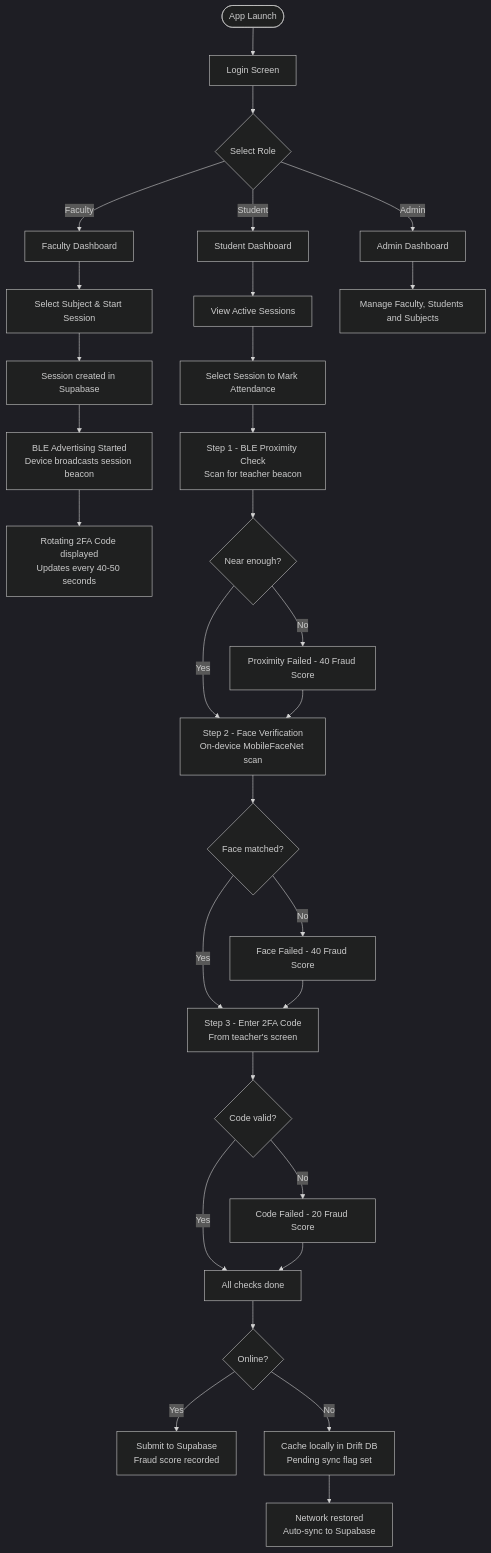
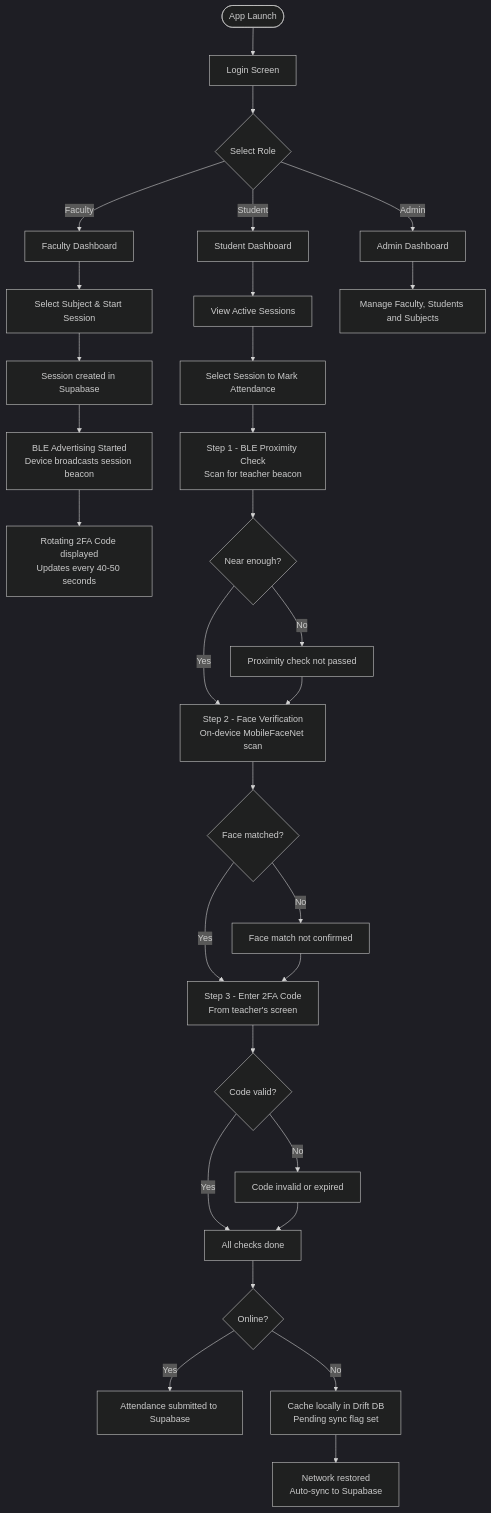
One commit to aryan-oo9/upastithi-pramaan-ble changed the diagram in README.md. Above: the diagram before and after it, drawn with Mermaid (dark theme). The commit also changed other lines of this file, not shown here.

Commit message:
docs: remove fraud score calculation from README

````diff
--- a/README.md
+++ b/README.md
@@ -33,40 +28,40 @@
 ```mermaid
 flowchart TD
     A([App Launch]) --> B[Login Screen]
     B --> C{Select Role}
 
     C -->|Faculty| D[Faculty Dashboard]
     C -->|Student| E[Student Dashboard]
     C -->|Admin| F[Admin Dashboard]
 
     %% Teacher Flow
     D --> G[Select Subject & Start Session]
     G --> H[Session created in Supabase]
     H --> I[BLE Advertising Started\nDevice broadcasts session beacon]
     I --> J[Rotating 2FA Code displayed\nUpdates every 40-50 seconds]
 
     %% Student Flow
     E --> L[View Active Sessions]
     L --> M[Select Session to Mark Attendance]
     M --> N[Step 1 - BLE Proximity Check\nScan for teacher beacon]
     N --> N1{Near enough?}
-    N1 -->|No| N2[Proximity Failed - 40 Fraud Score]
+    N1 -->|No| N2[Proximity check not passed]
     N1 -->|Yes| O[Step 2 - Face Verification\nOn-device MobileFaceNet scan]
     N2 --> O
     O --> O1{Face matched?}
-    O1 -->|No| O2[Face Failed - 40 Fraud Score]
+    O1 -->|No| O2[Face match not confirmed]
     O1 -->|Yes| P[Step 3 - Enter 2FA Code\nFrom teacher's screen]
     O2 --> P
     P --> P1{Code valid?}
-    P1 -->|No| P2[Code Failed - 20 Fraud Score]
+    P1 -->|No| P2[Code invalid or expired]
     P1 -->|Yes| Q[All checks done]
     P2 --> Q
 
     Q --> R{Online?}
-    R -->|Yes| S[Submit to Supabase\nFraud score recorded]
+    R -->|Yes| S[Attendance submitted to Supabase]
     R -->|No| T[Cache locally in Drift DB\nPending sync flag set]
     T --> U[Network restored\nAuto-sync to Supabase]
 
     %% Admin
     F --> V[Manage Faculty, Students and Subjects]
 ```
````
